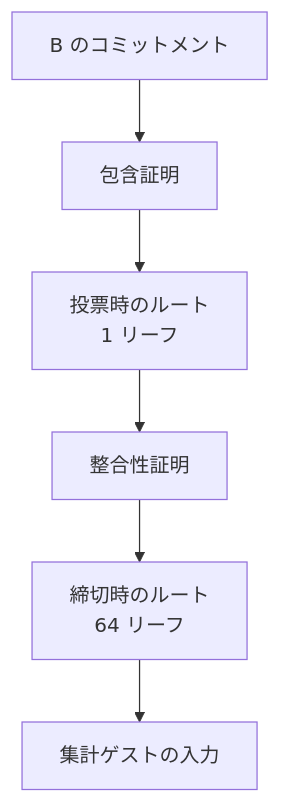
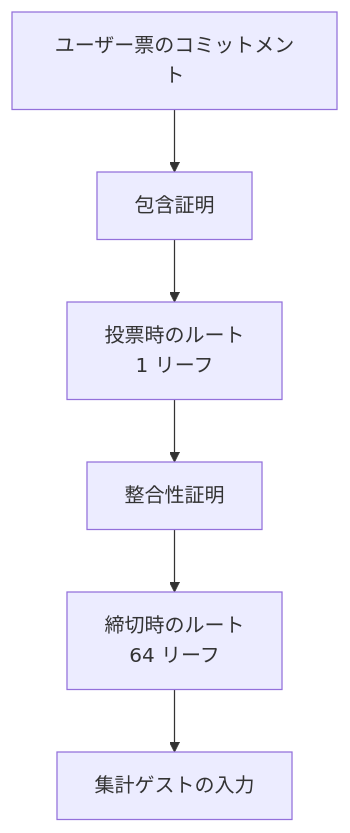
Before and after one commit to hwatanabe-jp/stark-ballot-simulator-public: the diagram in public-book/src/protocol/ct-merkle.md, drawn with Mermaid. The commit also changed other lines of this file and 835 other files, not shown here.

````diff
--- a/public-book/src/protocol/ct-merkle.md
+++ b/public-book/src/protocol/ct-merkle.md
@@ -15,8 +13,8 @@
 ```mermaid
 flowchart TB
-  C[B のコミットメント] --> I[包含証明]
+  C[ユーザー票のコミットメント] --> I[包含証明]
   I --> R1[投票時のルート<br/>1 リーフ]
   R1 --> P[整合性証明]
   P --> R64[締切時のルート<br/>64 リーフ]
   R64 --> G[集計ゲストの入力]
 ```
````
